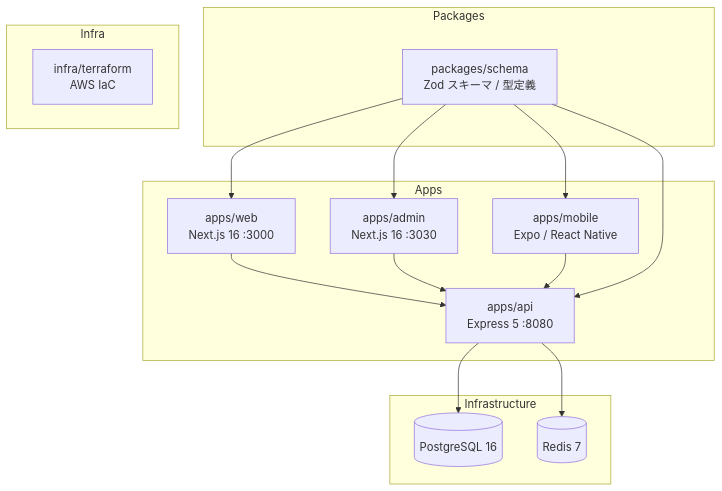
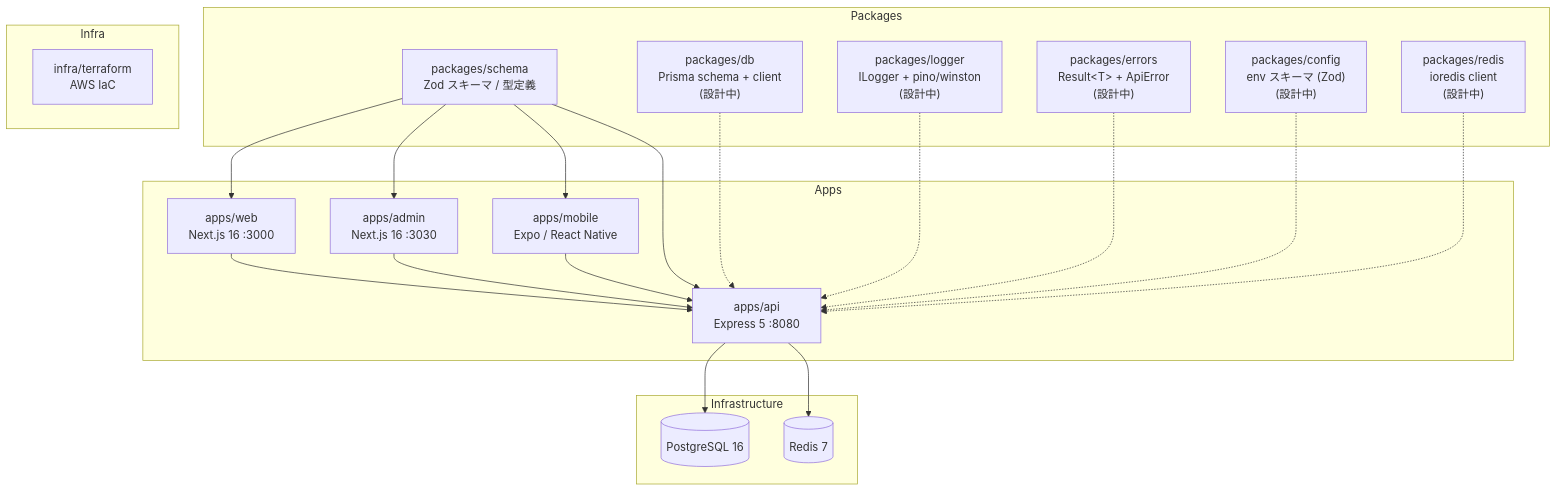
One commit to kentakki416/project-template changed the diagram in README.md. Above: the diagram before and after it, drawn with Mermaid. The commit also changed other lines of this file and 1 other file, not shown here.

Commit message:
docs: ルート README.md と CLAUDE.md に shared-packages の計画を反映
- README.md のプロジェクト構成図に packages/db, logger, errors, config, redis
  を「(設計中)」として追加。実装完了までは破線で表現
- README.md クイックリファレンスに docs/spec/README.md と
  docs/spec/shared-packages/README.md を追加
- CLAUDE.md の Project Overview に 5 つの計画パッケージを追記し、
  docs/spec/shared-packages/ への参照を明示
- CLAUDE.md の Important Notes に「Prisma / Redis は factory のみ提供」の
  設計方針を追加

````diff
--- a/README.md
+++ b/README.md
@@ -25,32 +27,42 @@
 ```mermaid
 graph TB
     subgraph Apps
         Web["apps/web<br/>Next.js 16 :3000"]
         Admin["apps/admin<br/>Next.js 16 :3030"]
         Mobile["apps/mobile<br/>Expo / React Native"]
         API["apps/api<br/>Express 5 :8080"]
     end
 
     subgraph Packages
         Schema["packages/schema<br/>Zod スキーマ / 型定義"]
+        DB["packages/db<br/>Prisma schema + client<br/>(設計中)"]
+        Logger["packages/logger<br/>ILogger + pino/winston<br/>(設計中)"]
+        Errors["packages/errors<br/>Result&lt;T&gt; + ApiError<br/>(設計中)"]
+        Config["packages/config<br/>env スキーマ (Zod)<br/>(設計中)"]
+        RedisPkg["packages/redis<br/>ioredis client<br/>(設計中)"]
     end
 
     subgraph Infra
         Terraform["infra/terraform<br/>AWS IaC"]
     end
 
     subgraph Infrastructure
         PostgreSQL[(PostgreSQL 16)]
         Redis[(Redis 7)]
     end
 
     Web --> API
     Admin --> API
     Mobile --> API
     API --> PostgreSQL
     API --> Redis
     Schema --> Web
     Schema --> Admin
     Schema --> Mobile
     Schema --> API
+    DB -.-> API
+    Logger -.-> API
+    Errors -.-> API
+    Config -.-> API
+    RedisPkg -.-> API
 ```
````
